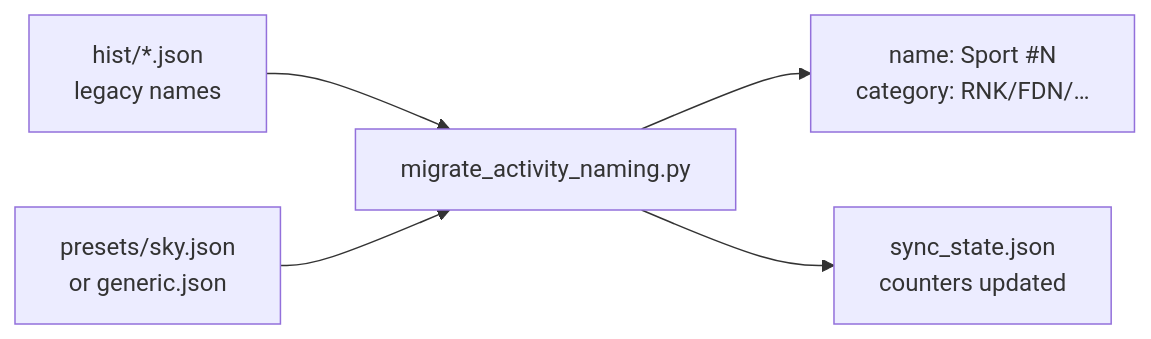
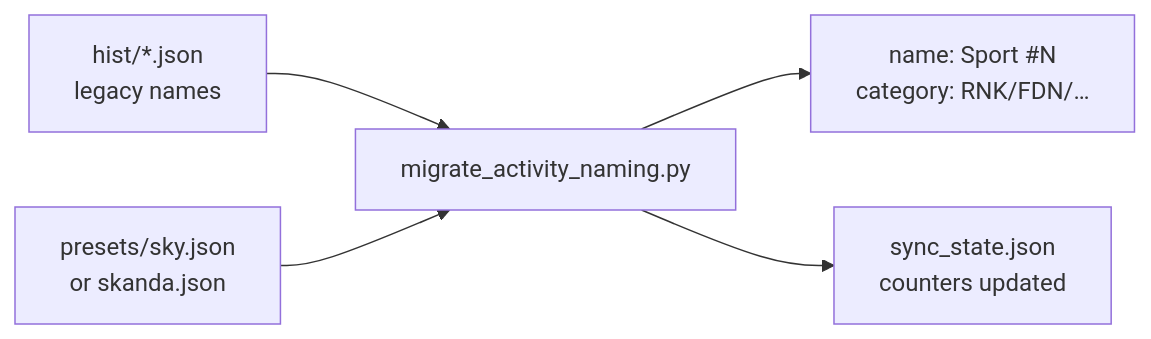
One commit to sibling-shipyard/coach-hq changed the diagram in docs/eng-docs/activity-naming-migration.md. Above: the diagram before and after it, drawn with Mermaid. The commit also changed other lines of this file and 2 other files, not shown here.

First line of the commit message:
core: harden activity naming migration script (#143)

````diff
--- a/docs/eng-docs/activity-naming-migration.md
+++ b/docs/eng-docs/activity-naming-migration.md
@@ -16,7 +21,7 @@
 ```mermaid
 flowchart LR
     Hist["hist/*.json\nlegacy names"] --> Script["migrate_activity_naming.py"]
-    Preset["presets/sky.json\nor generic.json"] --> Script
+    Preset["presets/sky.json\nor skanda.json"] --> Script
     Script --> Out["name: Sport #N\ncategory: RNK/FDN/…"]
     Script --> State["sync_state.json\ncounters updated"]
 ```
````
